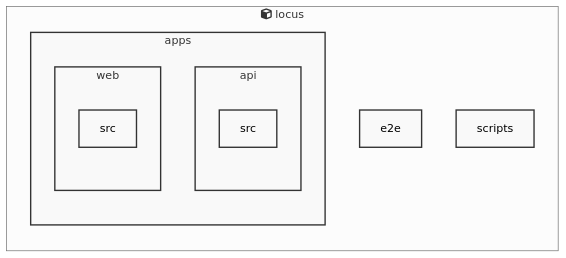
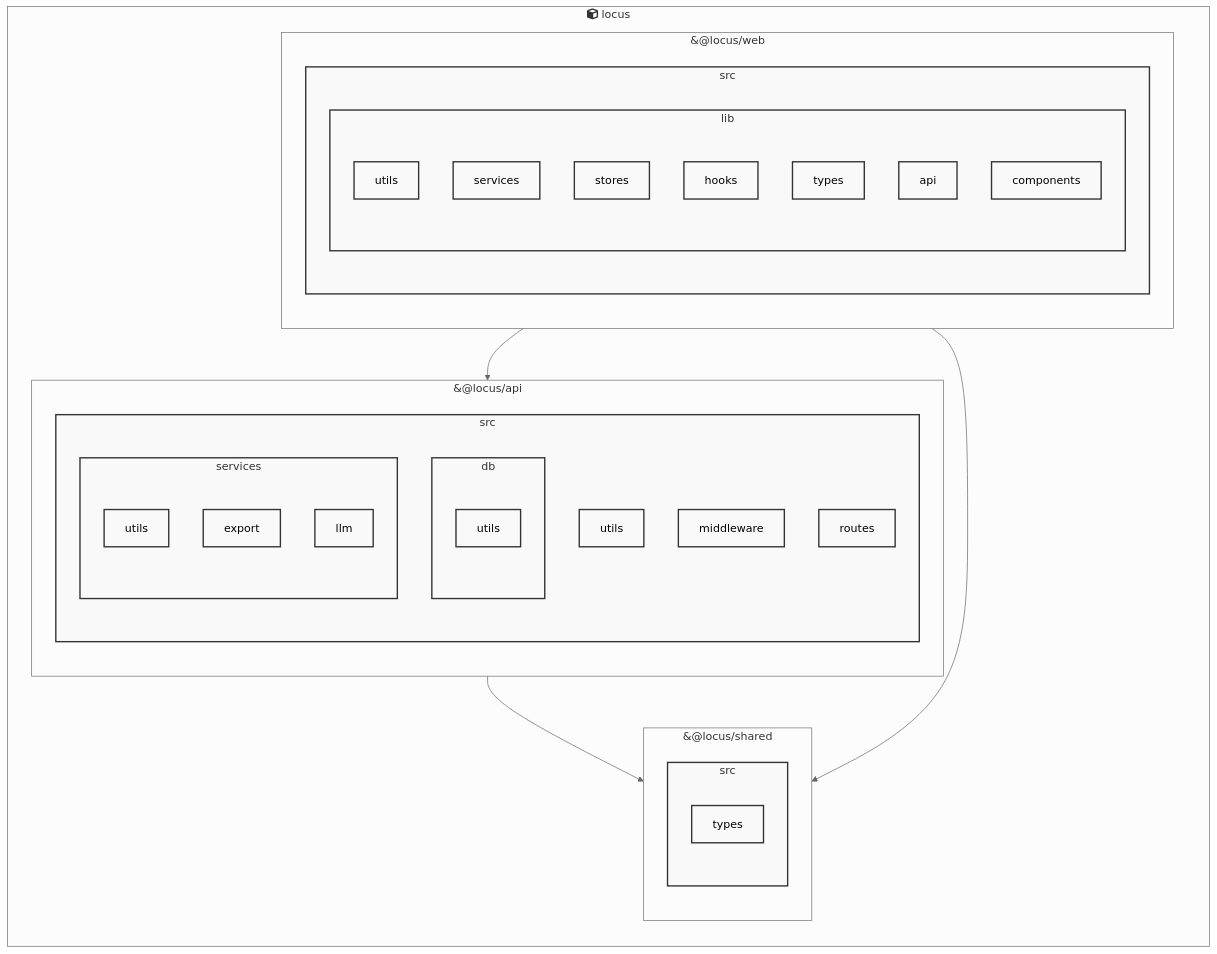
One commit to shiohamu/Locus changed the diagram in docs/architecture/architecture.mmd. Above: the diagram before and after it, drawn with Mermaid (neutral theme). The commit also changed 5 other files, not shown here.

First line of the commit message:
Update documentation and enhance architecture clarity

```diff
--- a/docs/architecture/architecture.mmd
+++ b/docs/architecture/architecture.mmd
@@ -1,28 +1,66 @@
 graph TB
     %% Auto-generated architecture diagram
 
     subgraph locus [fa:fa-cube locus]
         direction TB
-        subgraph apps [apps]
+        subgraph at_locus_api [&#64;locus/api]
             direction TB
-            subgraph apps_api [api]
+            subgraph at_locus_api_src [src]
                 direction TB
-                apps_api_src["src"]:::moduleStyle
+                subgraph at_locus_api_src_db [db]
+                    direction TB
+                    at_locus_api_src_db_utils["utils"]:::moduleStyle
+                end
+                class at_locus_api_src_db moduleStyle
+                at_locus_api_src_utils["utils"]:::moduleStyle
+                at_locus_api_src_middleware["middleware"]:::moduleStyle
+                at_locus_api_src_routes["routes"]:::moduleStyle
+                subgraph at_locus_api_src_services [services]
+                    direction TB
+                    at_locus_api_src_services_utils["utils"]:::moduleStyle
+                    at_locus_api_src_services_export["export"]:::moduleStyle
+                    at_locus_api_src_services_llm["llm"]:::moduleStyle
+                end
+                class at_locus_api_src_services moduleStyle
             end
-            class apps_api moduleStyle
-            subgraph apps_web [web]
+            class at_locus_api_src moduleStyle
+        end
+        class at_locus_api moduleStyle
+        subgraph at_locus_web [&#64;locus/web]
+            direction TB
+            subgraph at_locus_web_src [src]
                 direction TB
-                apps_web_src["src"]:::moduleStyle
+                subgraph at_locus_web_src_lib [lib]
+                    direction TB
+                    at_locus_web_src_lib_utils["utils"]:::moduleStyle
+                    at_locus_web_src_lib_services["services"]:::moduleStyle
+                    at_locus_web_src_lib_stores["stores"]:::moduleStyle
+                    at_locus_web_src_lib_hooks["hooks"]:::moduleStyle
+                    at_locus_web_src_lib_types["types"]:::moduleStyle
+                    at_locus_web_src_lib_api["api"]:::moduleStyle
+                    at_locus_web_src_lib_components["components"]:::moduleStyle
+                end
+                class at_locus_web_src_lib moduleStyle
             end
-            class apps_web moduleStyle
+            class at_locus_web_src moduleStyle
         end
-        class apps moduleStyle
-        e2e["e2e"]:::moduleStyle
-        scripts["scripts"]:::moduleStyle
+        class at_locus_web moduleStyle
+        subgraph at_locus_shared [&#64;locus/shared]
+            direction TB
+            subgraph at_locus_shared_src [src]
+                direction TB
+                at_locus_shared_src_types["types"]:::moduleStyle
+            end
+            class at_locus_shared_src moduleStyle
+        end
+        class at_locus_shared moduleStyle
     end
 
+    at_locus_api --> at_locus_shared
+    at_locus_web --> at_locus_api
+    at_locus_web --> at_locus_shared
 
     classDef pythonStyle fill:#3776ab,stroke:#ffd43b,stroke-width:2px,color:#fff
     classDef dockerStyle fill:#2496ed,stroke:#1d63ed,stroke-width:2px,color:#fff
     classDef dbStyle fill:#336791,stroke:#6b9cd6,stroke-width:2px,color:#fff
     classDef moduleStyle fill:#f9f9f9,stroke:#333,stroke-width:2px
```
